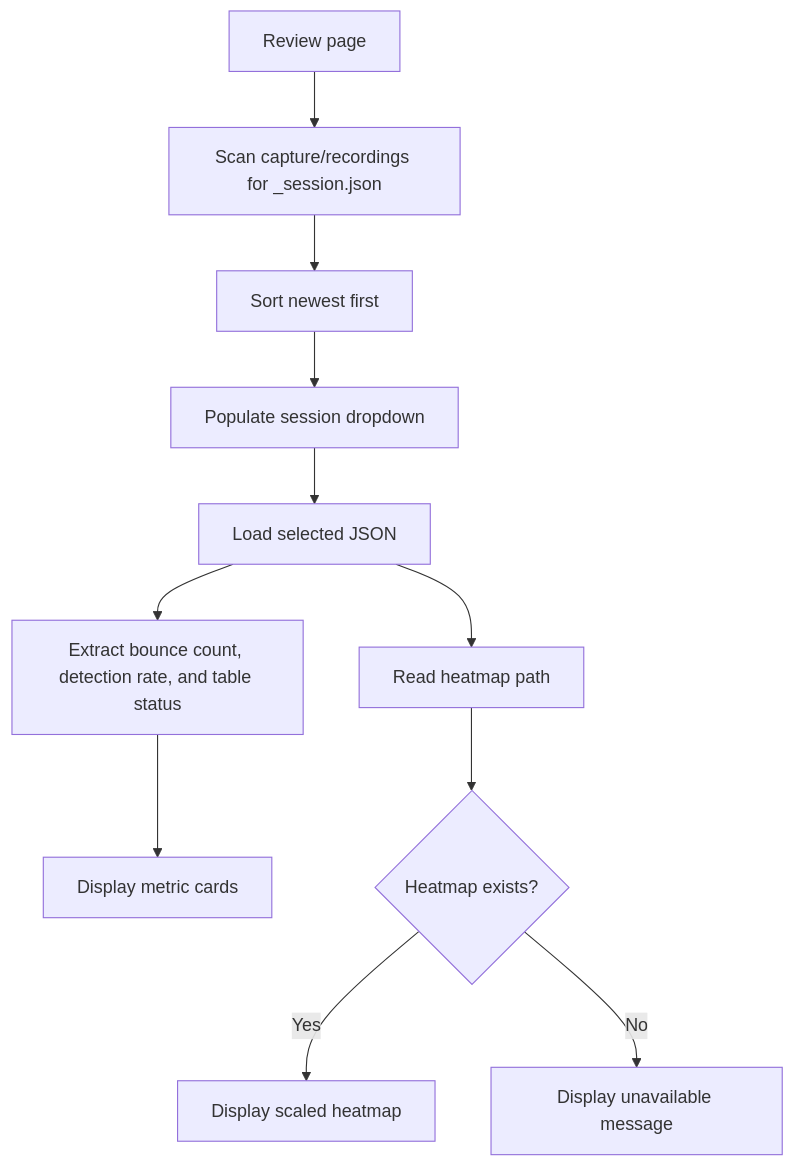
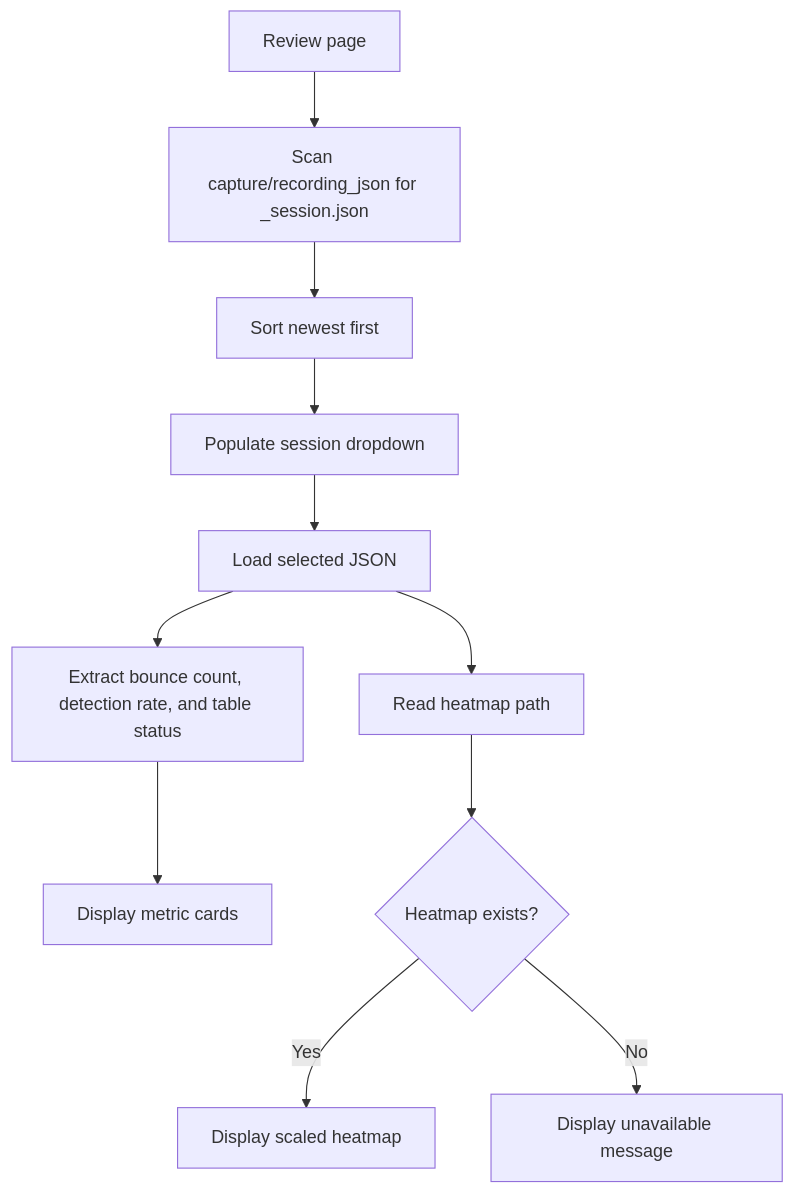
Before and after one commit to CoulterRolph/Capstone_Opencv: diagram 12 of 13 in jetson/docs/project_process_map.md, drawn with Mermaid. The commit also changed 40 other files, not shown here.

````diff
--- a/jetson/docs/project_process_map.md
+++ b/jetson/docs/project_process_map.md
@@ -367,15 +367,15 @@
 ```mermaid
 flowchart TD
-    ReviewPage[Review page] --> Scan[Scan capture/recordings for _session.json]
+    ReviewPage[Review page] --> Scan[Scan capture/recording_json for _session.json]
     Scan --> Sort[Sort newest first]
     Sort --> Dropdown[Populate session dropdown]
     Dropdown --> Load[Load selected JSON]
 
     Load --> Metrics[Extract bounce count, detection rate, and table status]
     Load --> HeatmapPath[Read heatmap path]
     Metrics --> Display[Display metric cards]
 
     HeatmapPath --> Exists{Heatmap exists?}
     Exists -->|Yes| Preview[Display scaled heatmap]
     Exists -->|No| Missing[Display unavailable message]
 ```
````
